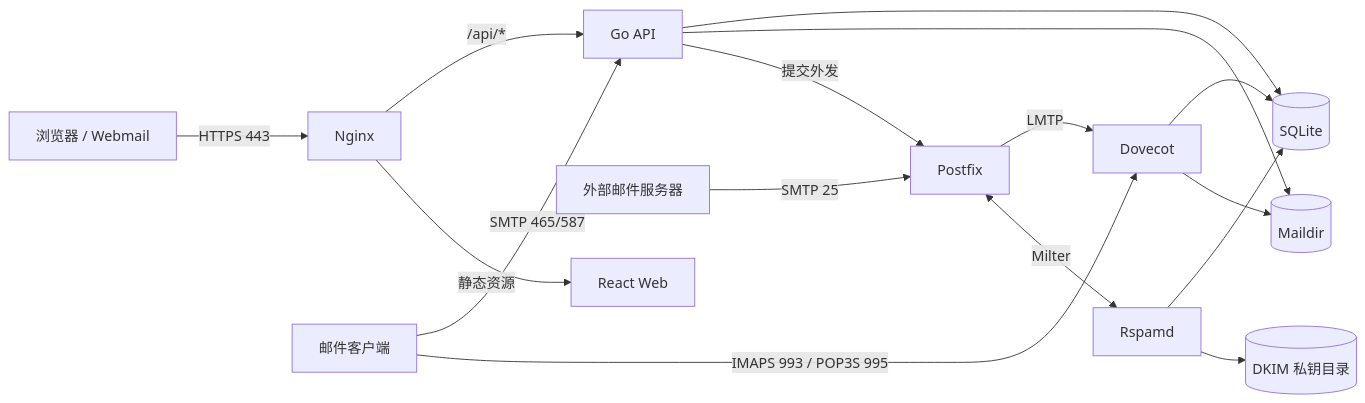
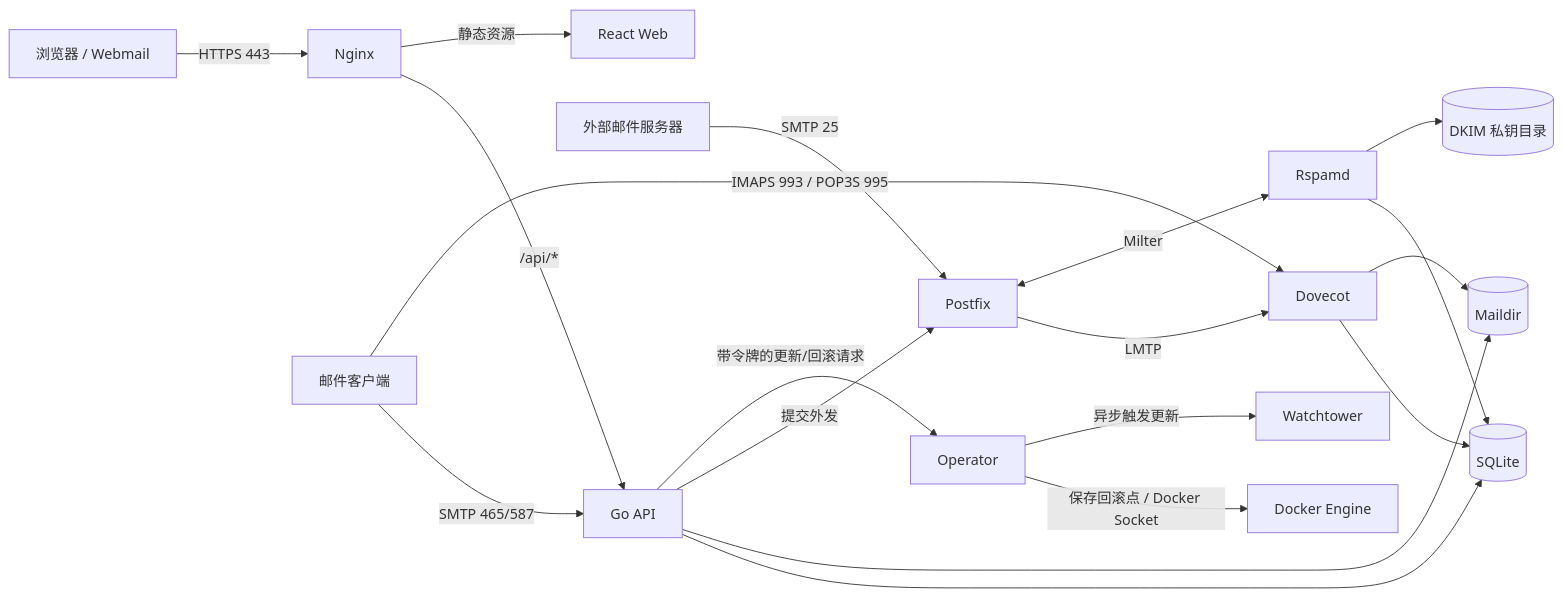
Before and after one commit to logdns/imyemail: the diagram in docs/ARCHITECTURE.md, drawn with Mermaid. The commit also changed other lines of this file and 29 other files, not shown here.

````diff
--- a/docs/ARCHITECTURE.md
+++ b/docs/ARCHITECTURE.md
@@ -7,18 +7,21 @@
 ```mermaid
 flowchart LR
   Browser[浏览器 / Webmail] -->|HTTPS 443| Gateway[Nginx]
   Client[邮件客户端] -->|SMTP 465/587| API[Go API]
   Client -->|IMAPS 993 / POP3S 995| Dovecot[Dovecot]
   MTA[外部邮件服务器] -->|SMTP 25| Postfix[Postfix]
   Gateway -->|/api/*| API
   Gateway -->|静态资源| Web[React Web]
   API --> DB[(SQLite)]
   API --> Maildir[(Maildir)]
   API -->|提交外发| Postfix
   Postfix -->|LMTP| Dovecot
   Postfix <-->|Milter| Rspamd[Rspamd]
   Dovecot --> DB
   Dovecot --> Maildir
   Rspamd --> DB
   Rspamd --> DKIM[(DKIM 私钥目录)]
+  API -->|带令牌的更新/回滚请求| Operator[Operator]
+  Operator -->|保存回滚点 / Docker Socket| Docker[Docker Engine]
+  Operator -->|异步触发更新| Watchtower[Watchtower]
 ```
````
